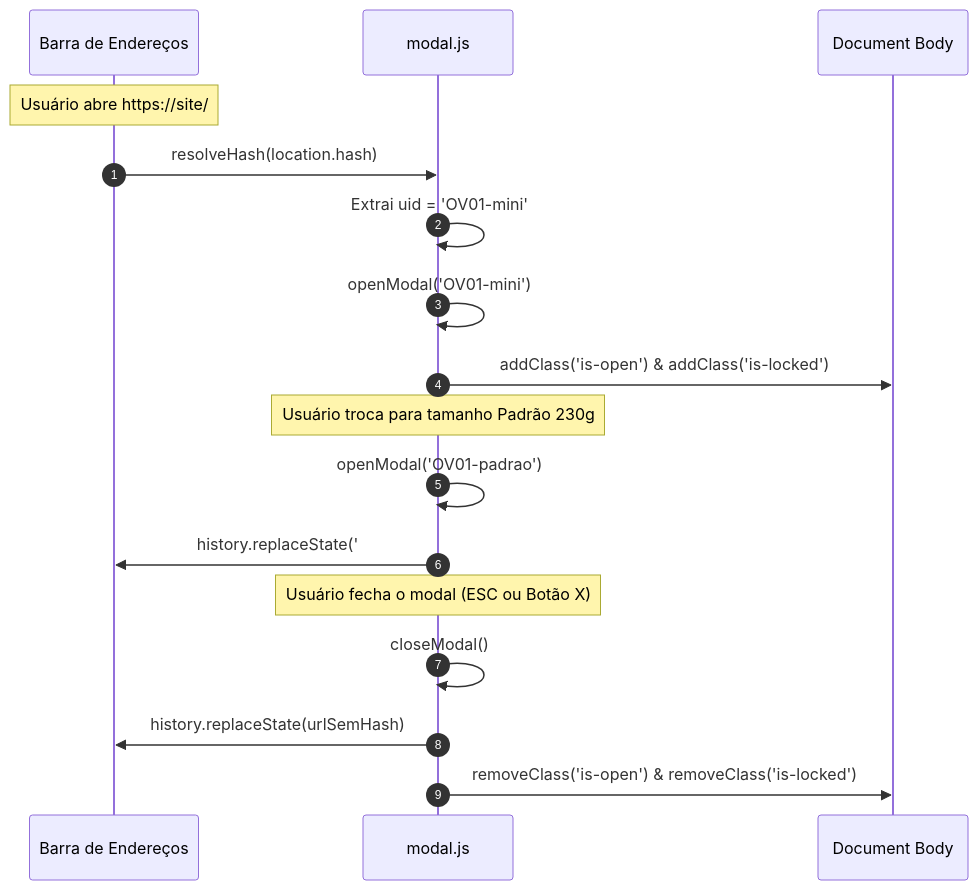
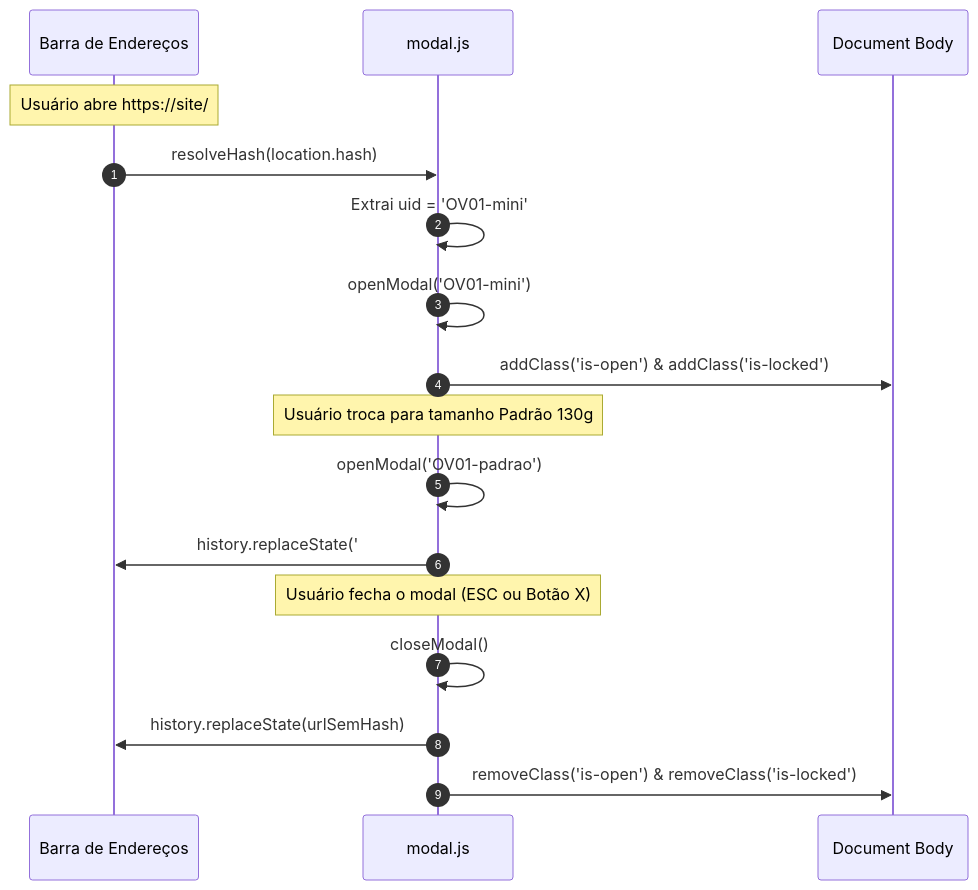
The diagram in docs/modal-and-routing.md (pycriador/site-olivelas), drawn with Mermaid before and after one commit. The commit also changed 10 other files, not shown here.

````diff
--- a/docs/modal-and-routing.md
+++ b/docs/modal-and-routing.md
@@ -16,22 +16,22 @@
 ```mermaid
 sequenceDiagram
     autonumber
     participant URL as Barra de Endereços
     participant Modal as modal.js
     participant DOM as Document Body
 
     Note over URL: Usuário abre https://site/#produto-OV01-mini
     URL->>Modal: resolveHash(location.hash)
     Modal->>Modal: Extrai uid = 'OV01-mini'
     Modal->>Modal: openModal('OV01-mini')
     Modal->>DOM: addClass('is-open') & addClass('is-locked')
     
-    Note over Modal: Usuário troca para tamanho Padrão 230g
+    Note over Modal: Usuário troca para tamanho Padrão 130g
     Modal->>Modal: openModal('OV01-padrao')
     Modal->>URL: history.replaceState('#produto-OV01-padrao')
     
     Note over Modal: Usuário fecha o modal (ESC ou Botão X)
     Modal->>Modal: closeModal()
     Modal->>URL: history.replaceState(urlSemHash)
     Modal->>DOM: removeClass('is-open') & removeClass('is-locked')
 ```
````
